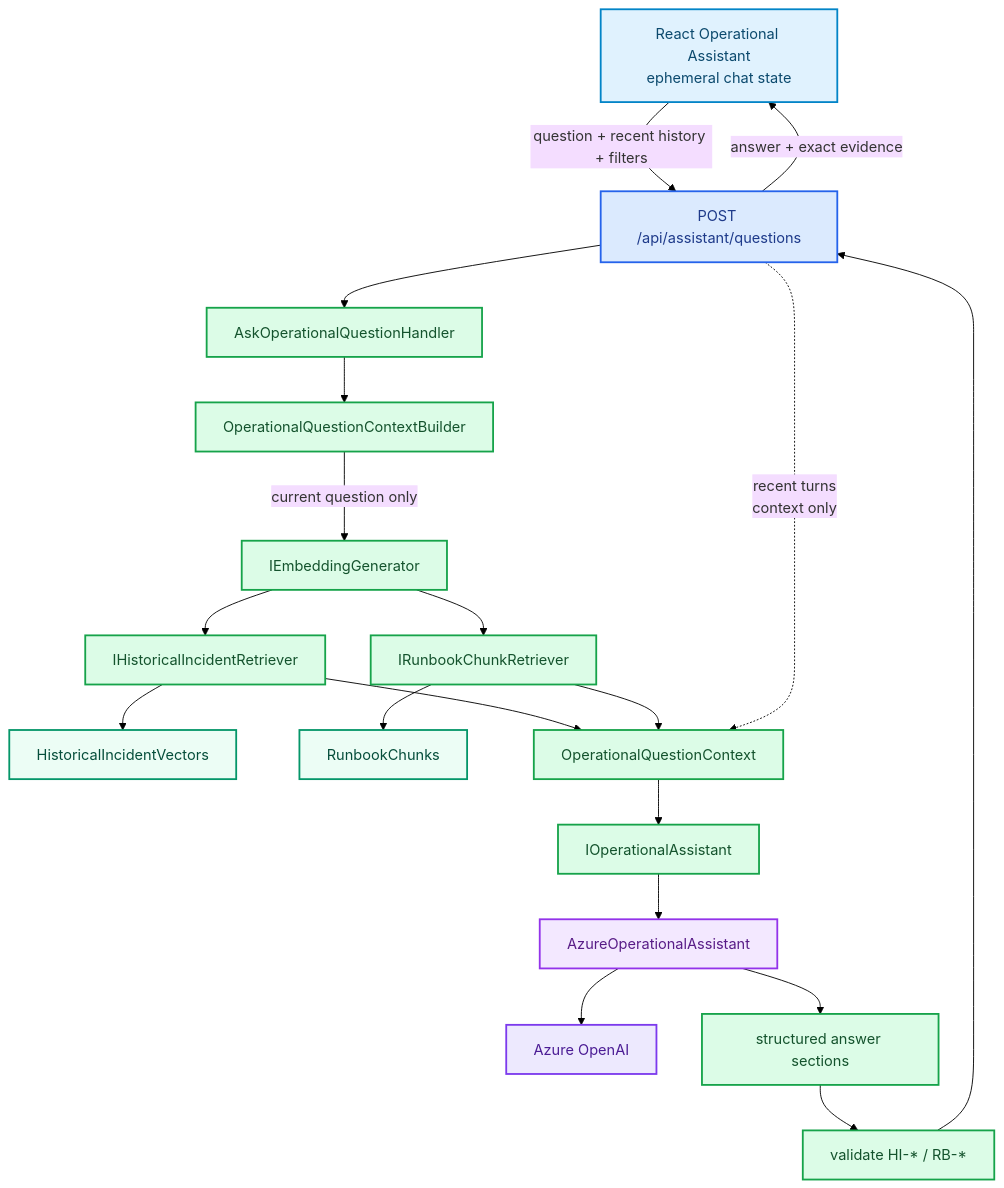
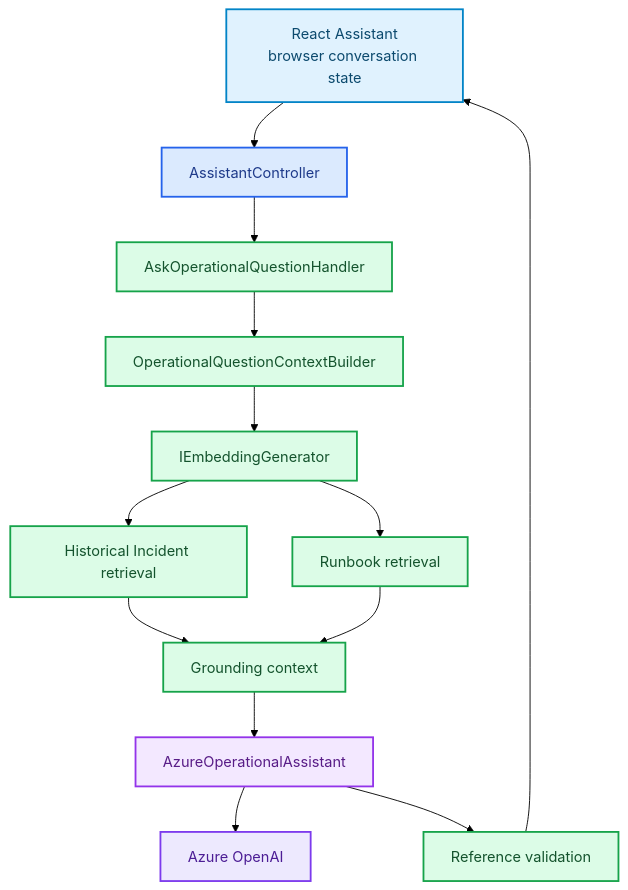
The diagram in docs/flows/operational-assistant.md (danielmusselwhite/IncidentIQ), drawn with Mermaid before and after one commit. The commit also changed other lines of this file and 24 other files, not shown here.

````diff
--- a/docs/flows/operational-assistant.md
+++ b/docs/flows/operational-assistant.md
@@ -22,34 +15,22 @@
 ```mermaid
 %%{init: {"theme":"base","themeVariables":{"background":"#ffffff"}} }%%
 flowchart TB
-    Web["React Operational Assistant<br/>ephemeral chat state"]:::web
-    Web -->|"question + recent history + filters"| API["POST /api/assistant/questions"]:::host
+    Web["React Assistant<br/>browser conversation state"]:::web --> API["AssistantController"]:::host
     API --> Handler["AskOperationalQuestionHandler"]:::app
-    Handler --> Builder["OperationalQuestionContextBuilder"]:::app
-
-    Builder -->|"current question only"| Embed["IEmbeddingGenerator"]:::app
-    Embed --> Historical["IHistoricalIncidentRetriever"]:::app
-    Embed --> Runbooks["IRunbookChunkRetriever"]:::app
-
-    Historical --> HIVectors["HistoricalIncidentVectors"]:::data
-    Runbooks --> RBChunks["RunbookChunks"]:::data
-
-    Historical --> Context["OperationalQuestionContext"]:::app
-    Runbooks --> Context
-    API -. "recent turns<br/>context only" .-> Context
-
-    Context --> Assistant["IOperationalAssistant"]:::app
-    Assistant --> Azure["AzureOperationalAssistant"]:::infra
-    Azure --> AI["Azure OpenAI"]:::ai
-    Azure --> Result["structured answer sections"]:::app
-    Result --> Validate["validate HI-* / RB-*"]:::app
-    Validate --> API
-    API -->|"answer + exact evidence"| Web
+    Handler --> Context["OperationalQuestionContextBuilder"]:::app
+    Context --> Embed["IEmbeddingGenerator"]:::app
+    Embed --> HI["Historical Incident retrieval"]:::app
+    Embed --> RB["Runbook retrieval"]:::app
+    HI --> Ground["Grounding context"]:::app
+    RB --> Ground
+    Ground --> Assistant["AzureOperationalAssistant"]:::infra
+    Assistant --> AI["Azure OpenAI"]:::ai
+    Assistant --> Validate["Reference validation"]:::app
+    Validate --> Web
 
     classDef web fill:#e0f2fe,stroke:#0284c7,color:#0c4a6e,stroke-width:2px;
     classDef host fill:#dbeafe,stroke:#2563eb,color:#1e3a8a,stroke-width:2px;
     classDef app fill:#dcfce7,stroke:#16a34a,color:#14532d,stroke-width:2px;
     classDef infra fill:#f3e8ff,stroke:#9333ea,color:#581c87,stroke-width:2px;
-    classDef data fill:#ecfdf5,stroke:#059669,color:#064e3b,stroke-width:2px;
     classDef ai fill:#ede9fe,stroke:#7c3aed,color:#4c1d95,stroke-width:2px;
 ```
````
